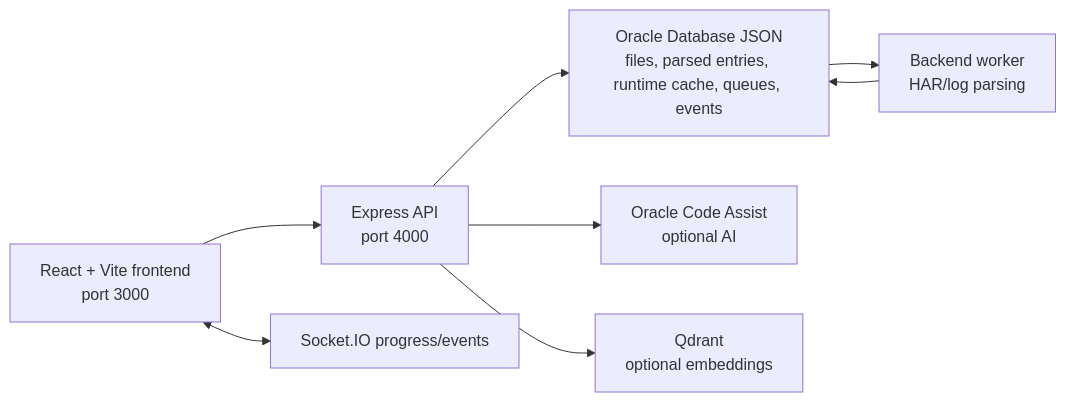
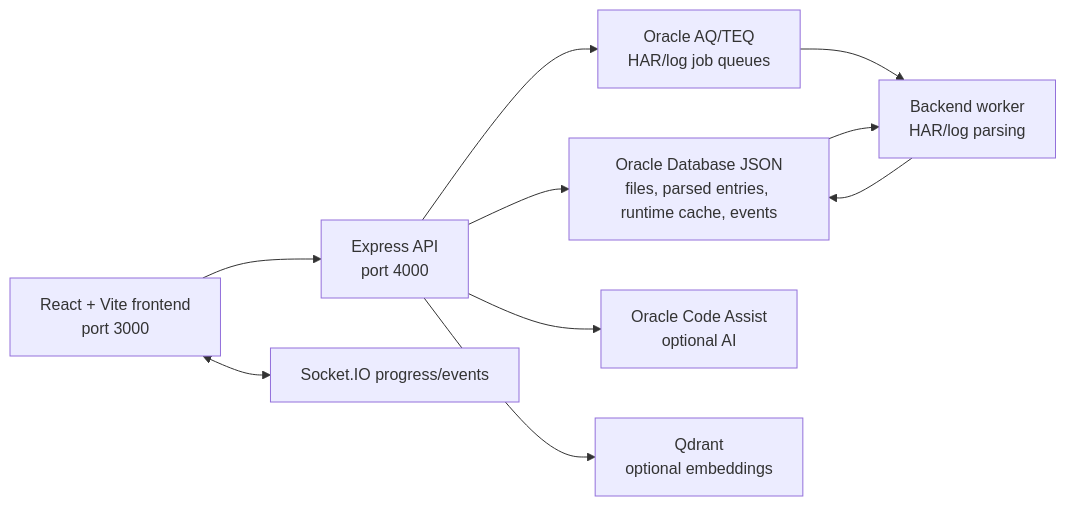
The diagram in README.md (swarnim-sawane/HAR-File-Analyser), drawn with Mermaid before and after one commit. The commit also changed other lines of this file and 10 other files, not shown here.

Commit message:
replace oracle document queue with aq runtime

````diff
--- a/README.md
+++ b/README.md
@@ -32,10 +33,12 @@
 ```mermaid
 flowchart LR
     Browser["React + Vite frontend\nport 3000"] --> API["Express API\nport 4000"]
     Browser <--> Socket["Socket.IO progress/events"]
-    API --> Oracle["Oracle Database JSON\nfiles, parsed entries, runtime cache, queues, events"]
+    API --> Oracle["Oracle Database JSON\nfiles, parsed entries, runtime cache, events"]
+    API --> AQ["Oracle AQ/TEQ\nHAR/log job queues"]
+    AQ --> Worker["Backend worker\nHAR/log parsing"]
     Oracle --> Worker["Backend worker\nHAR/log parsing"]
     Worker --> Oracle
     API --> OCA["Oracle Code Assist\noptional AI"]
     API --> Qdrant["Qdrant\noptional embeddings"]
 ```
````
